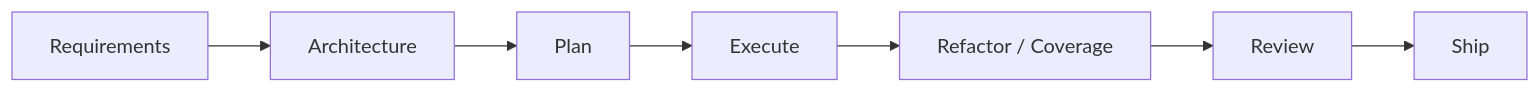
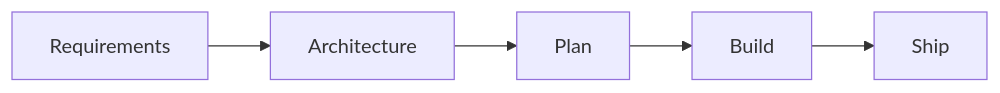
Before and after one commit to Ansab-Sultan/blueprint-skills: the diagram in README.md, drawn with Mermaid. The commit also changed other lines of this file and 12 other files, not shown here.

````diff
--- a/README.md
+++ b/README.md
@@ -19,9 +19,7 @@
 ```mermaid
 graph LR
     A[Requirements] --> B[Architecture]
     B --> C[Plan]
-    C --> D[Execute]
-    D --> E[Refactor / Coverage]
-    E --> F[Review]
-    F --> G[Ship]
+    C --> D[Build]
+    D --> E[Ship]
 ```
````
